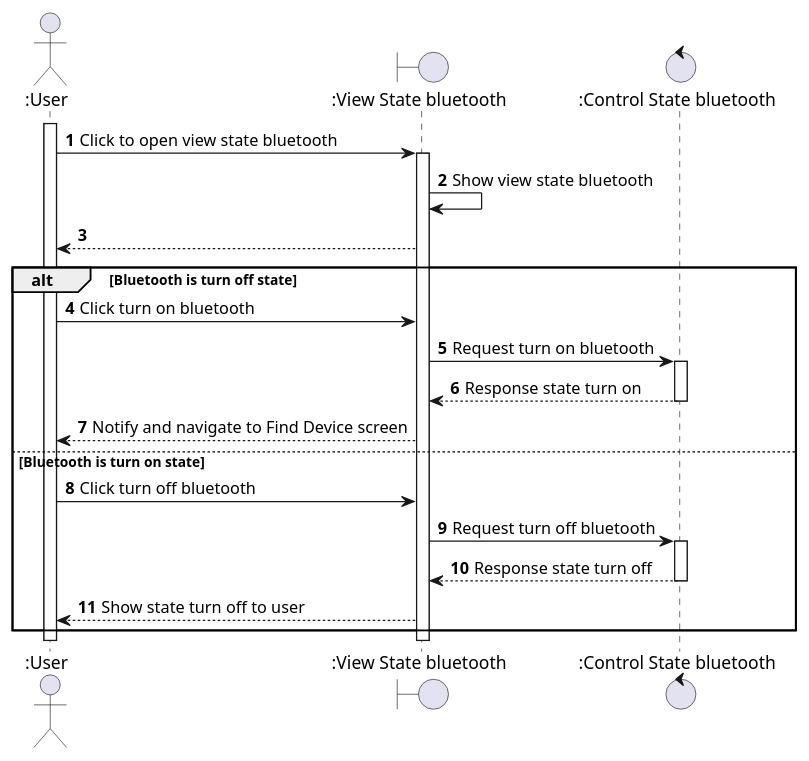
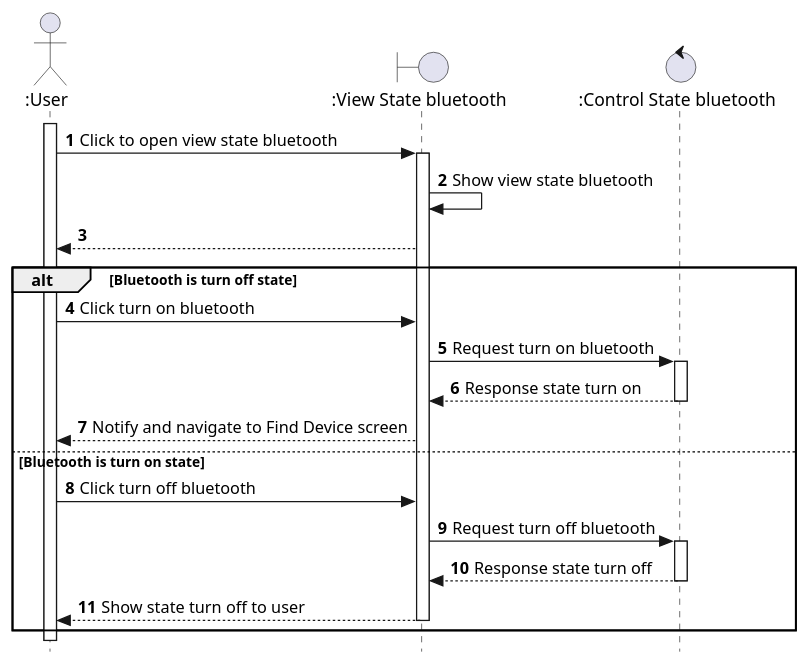
Before and after one commit to techcomrade/fmECG: the diagram in diagram/sequence/mobile_app/turn_on_off_bluetooth.pu, drawn with PlantUML. The commit also changed 41 other files, not shown here.

Commit message:
improve(diagrams): remove icons bottom diagrams

```diff
--- a/diagram/sequence/mobile_app/turn_on_off_bluetooth.pu
+++ b/diagram/sequence/mobile_app/turn_on_off_bluetooth.pu
@@ -1,30 +1,32 @@
 @startuml
 
 autonumber
 actor ":User" as User
 boundary ":View State bluetooth" as ClientApp
 control ":Control State bluetooth" as Control
 ' entity ":Entity Hardware" as Entity
 
 activate User
 User -> ClientApp: Click to open view state bluetooth
 activate ClientApp
 ClientApp -> ClientApp: Show view state bluetooth
 ClientApp --> User
 alt Bluetooth is turn off state
   User -> ClientApp: Click turn on bluetooth
   ClientApp -> Control: Request turn on bluetooth
   activate Control
   Control --> ClientApp: Response state turn on
   deactivate Control
   ClientApp --> User: Notify and navigate to Find Device screen
 else Bluetooth is turn on state
   User -> ClientApp: Click turn off bluetooth
   ClientApp -> Control: Request turn off bluetooth
   activate Control
   Control --> ClientApp: Response state turn off
   deactivate Control
   ClientApp --> User: Show state turn off to user
+  deactivate ClientApp
 end
+skinparam style strictuml
 
 @enduml
```
